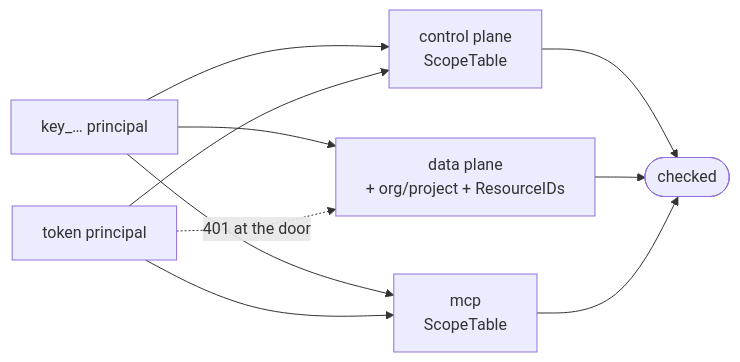
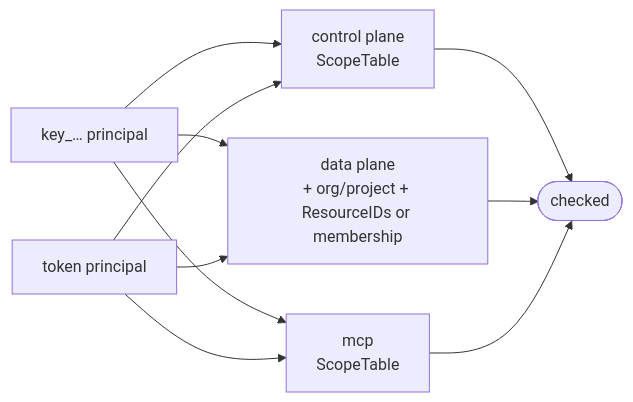
One commit to altalune-id/opensheet changed the diagram in docs/scopes/README.md. Above: the diagram before and after it, drawn with Mermaid. The commit also changed other lines of this file and 85 other files, not shown here.

````diff
--- a/docs/scopes/README.md
+++ b/docs/scopes/README.md
@@ -39,9 +39,8 @@
 ```mermaid
 flowchart LR
   K["key_… principal"] --> CP & DP & MCP
-  J["token principal"] --> CP & MCP
-  J -. "401 at the door" .-> DP
+  J["token principal"] --> CP & DP & MCP
   CP["control plane<br/>ScopeTable"] --> OK([checked])
-  DP["data plane<br/>+ org/project + ResourceIDs"] --> OK
+  DP["data plane<br/>+ org/project + ResourceIDs or membership"] --> OK
   MCP["mcp<br/>ScopeTable"] --> OK
 ```
````
